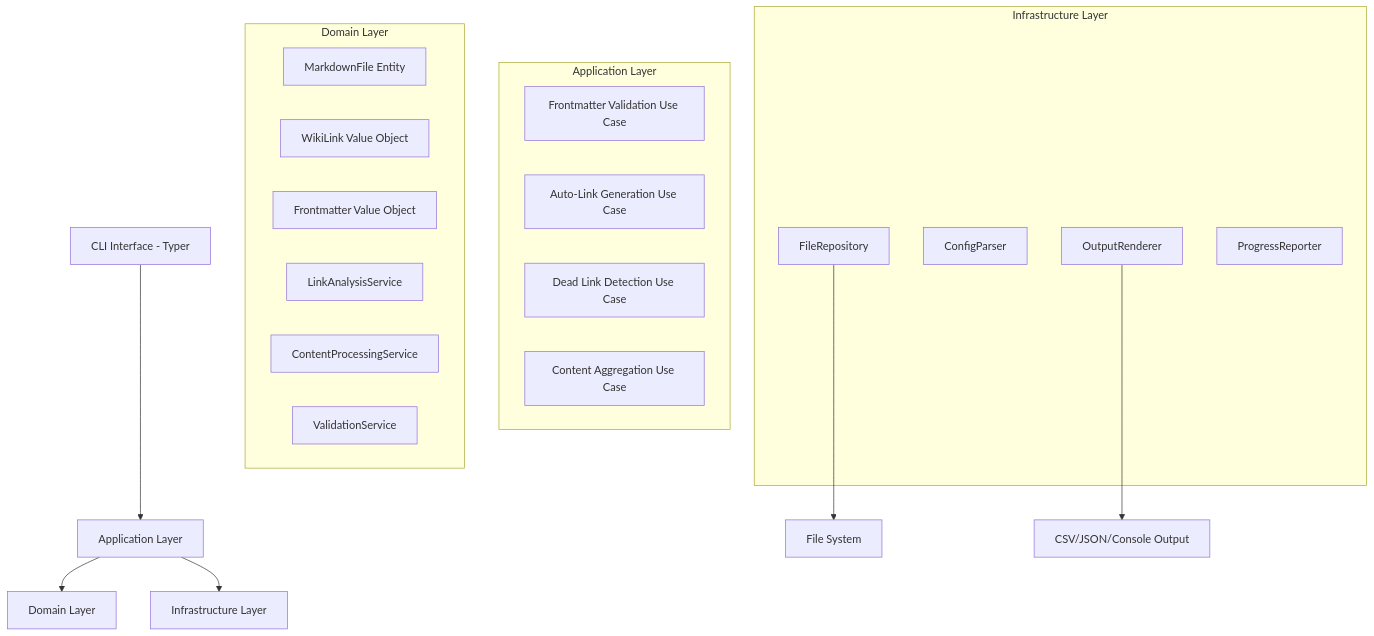
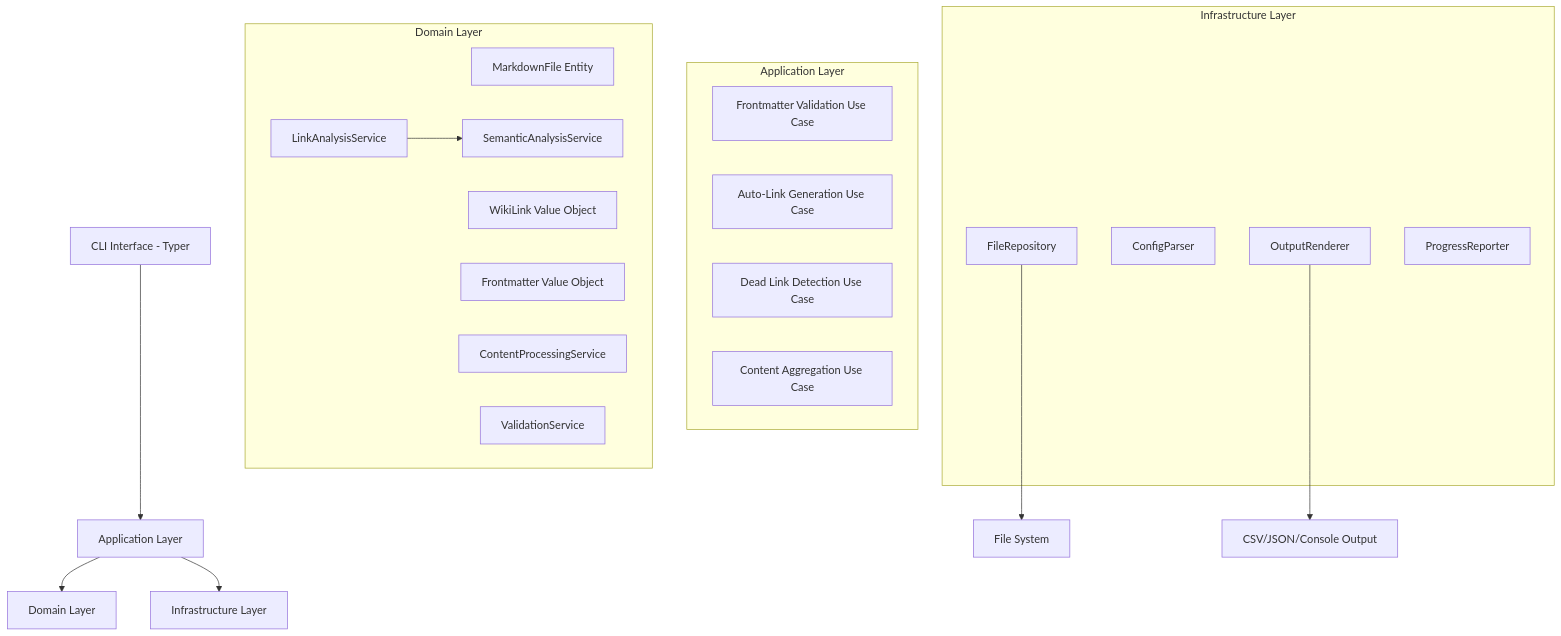
The first of 2 diagrams in .kiro/specs/knowledge-base-organizer/design.md (okojomoeko/knowledge-base-organizer), drawn with Mermaid before and after one commit. The commit also changed other lines of this file and 2 other files, not shown here.

````diff
--- a/.kiro/specs/knowledge-base-organizer/design.md
+++ b/.kiro/specs/knowledge-base-organizer/design.md
@@ -13,32 +13,35 @@
 ```mermaid
 graph TB
     CLI[CLI Interface - Typer] --> App[Application Layer]
     App --> Domain[Domain Layer]
     App --> Infra[Infrastructure Layer]
 
     subgraph "Application Layer"
         UC1[Frontmatter Validation Use Case]
         UC2[Auto-Link Generation Use Case]
         UC3[Dead Link Detection Use Case]
         UC4[Content Aggregation Use Case]
     end
 
     subgraph "Domain Layer"
         M1[MarkdownFile Entity]
         M2[WikiLink Value Object]
         M3[Frontmatter Value Object]
         S1[LinkAnalysisService]
         S2[ContentProcessingService]
         S3[ValidationService]
+        S4[SemanticAnalysisService]
     end
+
+    S1 --> S4
 
     subgraph "Infrastructure Layer"
         FR[FileRepository]
         CP[ConfigParser]
         OR[OutputRenderer]
         PR[ProgressReporter]
     end
 
     FR --> FS[File System]
     OR --> OUT[CSV/JSON/Console Output]
 ```
````
